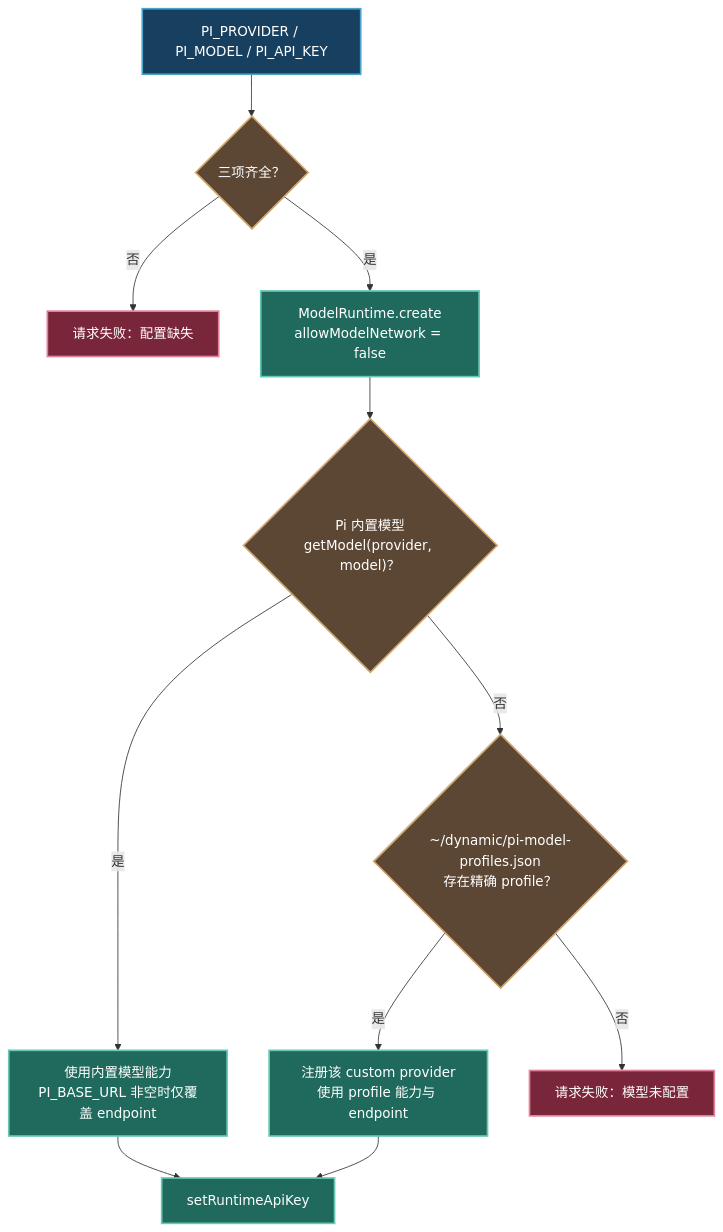
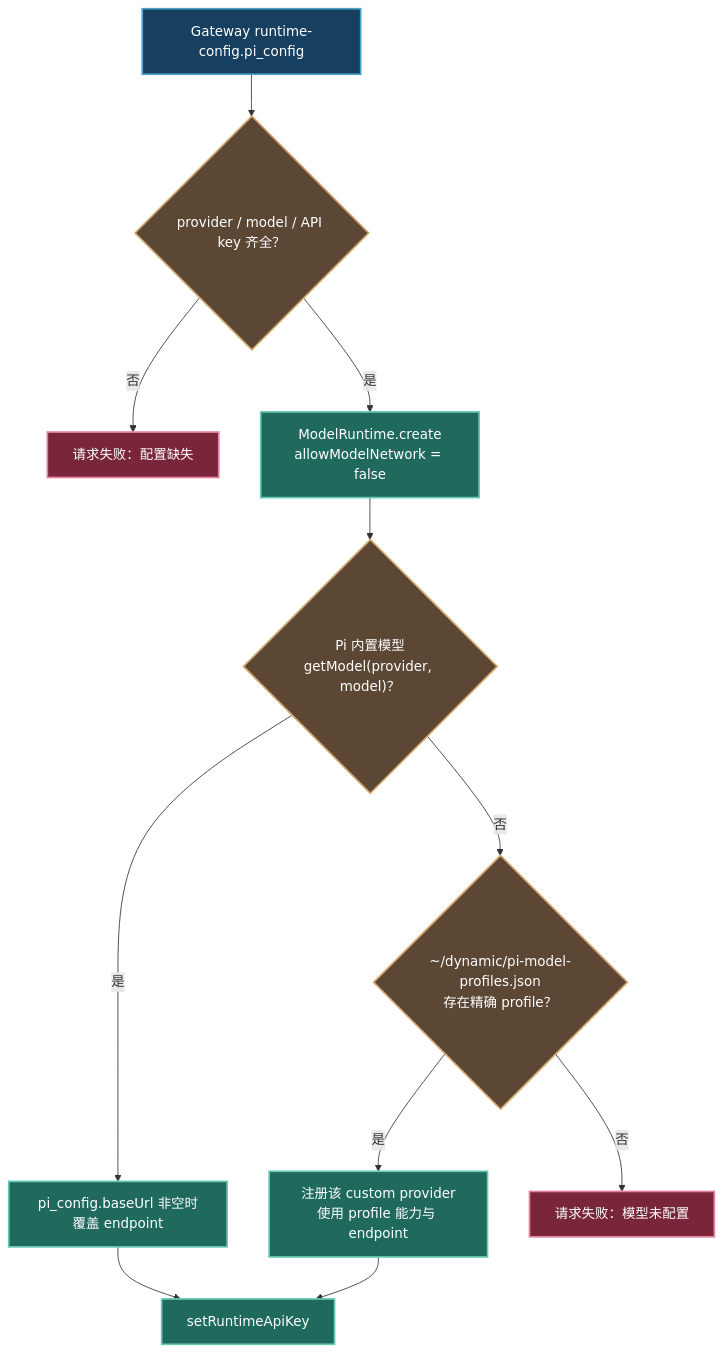
The fourth of 5 diagrams in docs/pi-agent.md (jiayiyan-AI/laifu), drawn with Mermaid before and after one commit. The commit also changed other lines of this file and 26 other files, not shown here.

````diff
--- a/docs/pi-agent.md
+++ b/docs/pi-agent.md
@@ -158,22 +158,22 @@
 ```mermaid
 flowchart TD
-    C["PI_PROVIDER / PI_MODEL / PI_API_KEY"] --> V{"三项齐全？"}
+    C["Gateway runtime-config.pi_config"] --> V{"provider / model / API key 齐全？"}
     V -->|否| F["请求失败：配置缺失"]
     V -->|是| M["ModelRuntime.create\nallowModelNetwork = false"]
     M --> I{"Pi 内置模型\ngetModel(provider, model)？"}
-    I -->|是| B["使用内置模型能力\nPI_BASE_URL 非空时仅覆盖 endpoint"]
+    I -->|是| B["pi_config.baseUrl 非空时覆盖 endpoint"]
     I -->|否| P{"~/dynamic/pi-model-profiles.json\n存在精确 profile？"}
     P -->|是| R["注册该 custom provider\n使用 profile 能力与 endpoint"]
     P -->|否| X["请求失败：模型未配置"]
     B --> K["setRuntimeApiKey"]
     R --> K
 
     classDef input fill:#173f5f,stroke:#4ba3c7,color:#fff,stroke-width:2px;
     classDef action fill:#206a5d,stroke:#67c9b4,color:#fff,stroke-width:2px;
     classDef decision fill:#5c4735,stroke:#d1a66a,color:#fff,stroke-width:2px;
     classDef fail fill:#7a263a,stroke:#e2819a,color:#fff,stroke-width:2px;
     class C input;
     class M,B,R,K action;
     class V,I,P decision;
     class F,X fail;
 ```
````
